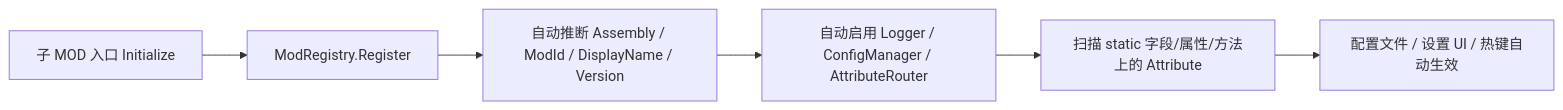
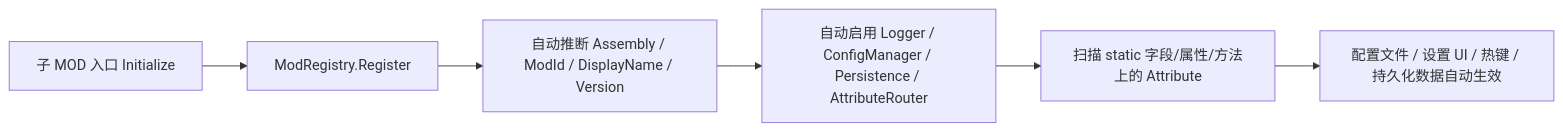
One commit to JMC-Mods/SlayTheSpire2_JmcModLib changed the diagram in docs/JML_QuickStart.md. Above: the diagram before and after it, drawn with Mermaid. The commit also changed other lines of this file and 35 other files, not shown here.

````diff
--- a/docs/JML_QuickStart.md
+++ b/docs/JML_QuickStart.md
@@ -14,8 +14,8 @@
 ```mermaid
 flowchart LR
     A[子 MOD 入口 Initialize] --> B[ModRegistry.Register<MainFile>]
     B --> C[自动推断 Assembly / ModId / DisplayName / Version]
-    C --> D[自动启用 Logger / ConfigManager / AttributeRouter]
+    C --> D[自动启用 Logger / ConfigManager / Persistence / AttributeRouter]
     D --> E[扫描 static 字段/属性/方法上的 Attribute]
-    E --> F[配置文件 / 设置 UI / 热键自动生效]
+    E --> F[配置文件 / 设置 UI / 热键 / 持久化数据自动生效]
 ```
````
